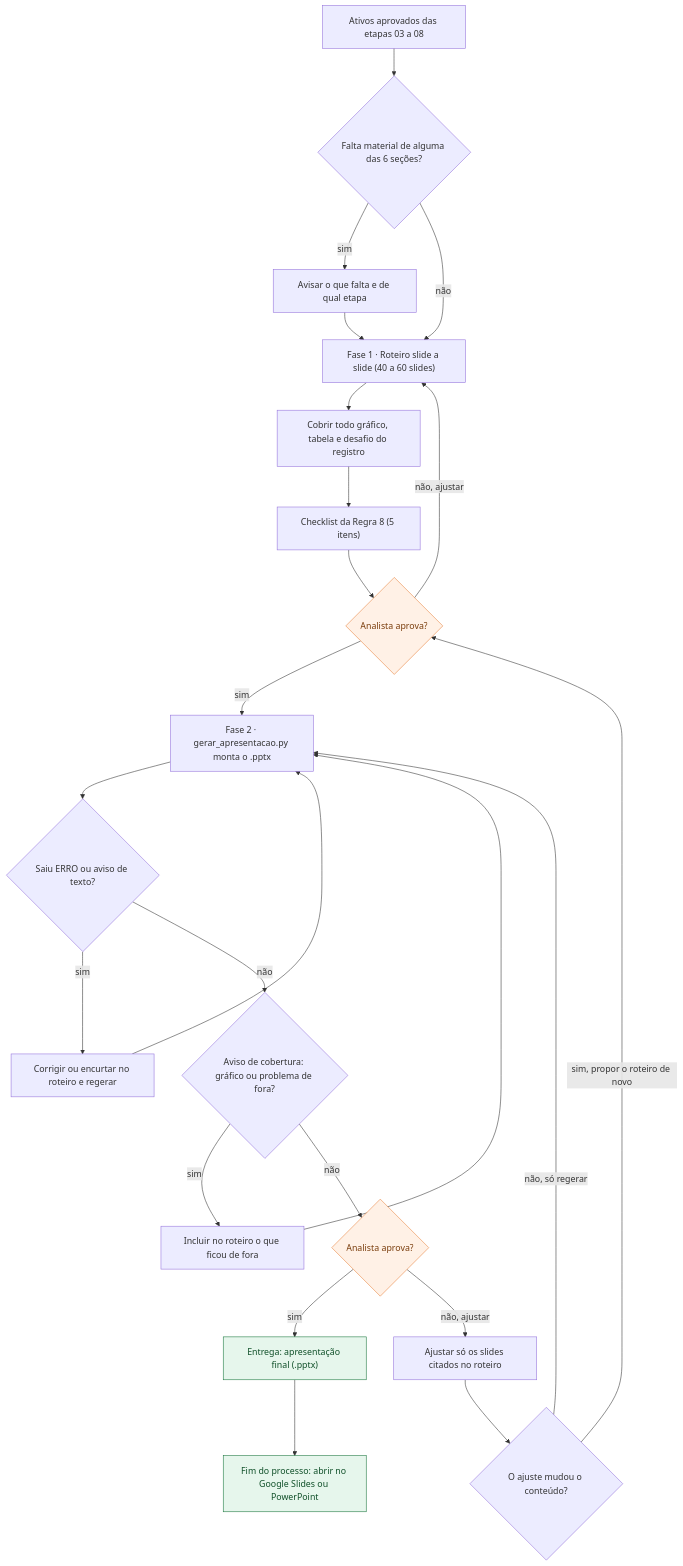
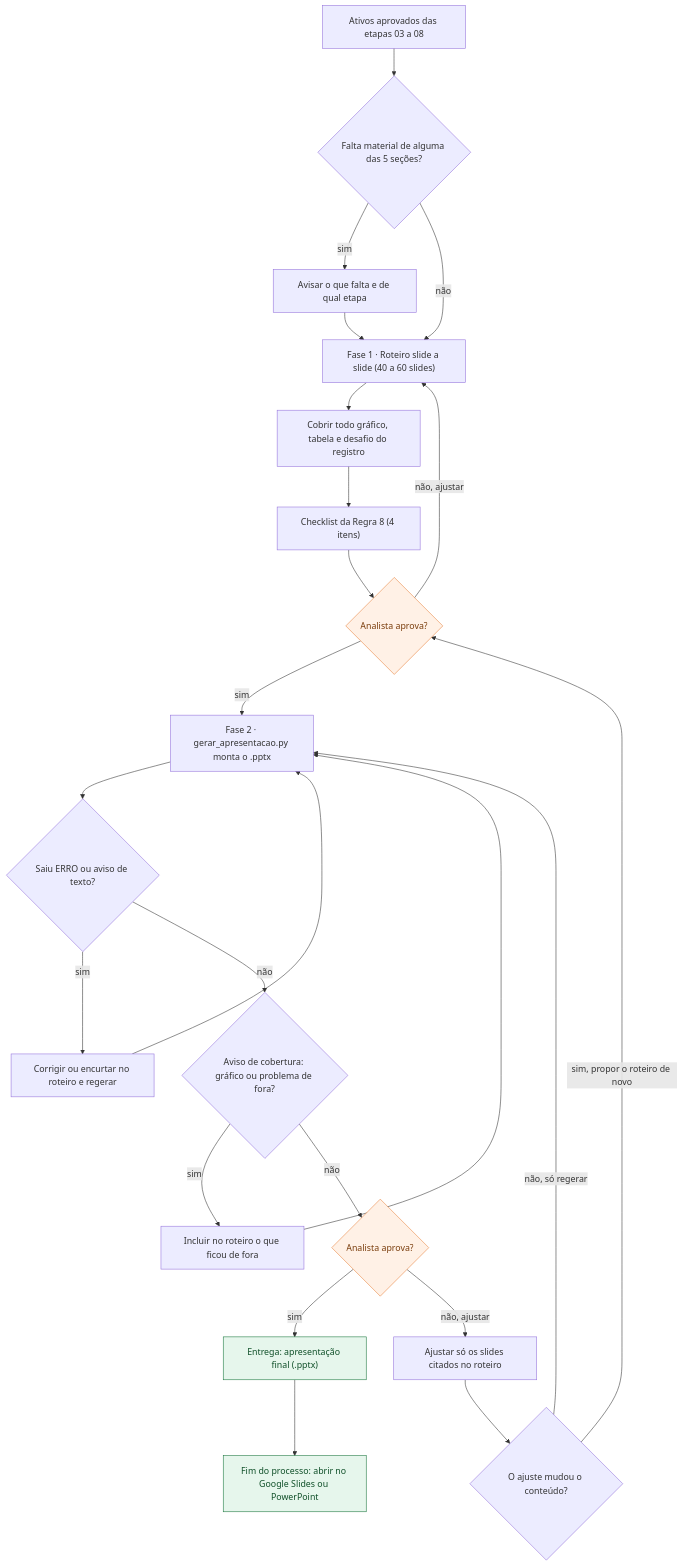
Before and after one commit to MatheusBoomer/growth-cycle-boomer: the diagram in .claude/skills/09-apresentacao-final/fluxo.mmd, drawn with Mermaid. The commit also changed 12 other files, not shown here.

```diff
--- a/.claude/skills/09-apresentacao-final/fluxo.mmd
+++ b/.claude/skills/09-apresentacao-final/fluxo.mmd
@@ -1,47 +1,47 @@
 flowchart TD
   I1["Ativos aprovados das etapas 03 a 08"]
-  D1{"Falta material de alguma das 6 seções?"}
+  D1{"Falta material de alguma das 5 seções?"}
   P1["Avisar o que falta e de qual etapa"]
   P2["Fase 1 · Roteiro slide a slide (40 a 60 slides)"]
   P3["Cobrir todo gráfico, tabela e desafio do registro"]
-  P4["Checklist da Regra 8 (5 itens)"]
+  P4["Checklist da Regra 8 (4 itens)"]
   C1{"Analista aprova?"}
   P5["Fase 2 · gerar_apresentacao.py monta o .pptx"]
   D2{"Saiu ERRO ou aviso de texto?"}
   P6["Corrigir ou encurtar no roteiro e regerar"]
   D3{"Aviso de cobertura: gráfico ou problema de fora?"}
   P8["Incluir no roteiro o que ficou de fora"]
   C2{"Analista aprova?"}
   P7["Ajustar só os slides citados no roteiro"]
   D4{"O ajuste mudou o conteúdo?"}
   E1["Entrega: apresentação final (.pptx)"]
   FIM["Fim do processo: abrir no Google Slides ou PowerPoint"]
 
   I1 --> D1
   D1 -->|"sim"| P1
   D1 -->|"não"| P2
   P1 --> P2
   P2 --> P3
   P3 --> P4
   P4 --> C1
   C1 -->|"sim"| P5
   C1 -->|"não, ajustar"| P2
   P5 --> D2
   D2 -->|"sim"| P6
   P6 --> P5
   D2 -->|"não"| D3
   D3 -->|"sim"| P8
   P8 --> P5
   D3 -->|"não"| C2
   C2 -->|"sim"| E1
   C2 -->|"não, ajustar"| P7
   P7 --> D4
   D4 -->|"sim, propor o roteiro de novo"| C1
   D4 -->|"não, só regerar"| P5
   E1 --> FIM
 
   class C1,C2 checkpoint
   class E1,FIM entrega
   classDef checkpoint fill:#fff1e6,stroke:#e8803a,color:#7a3d0c
   classDef subagente fill:#e8f0fd,stroke:#1f4fa8,color:#173a7a
   classDef entrega fill:#e6f6ec,stroke:#16743b,color:#0f4f28
```
